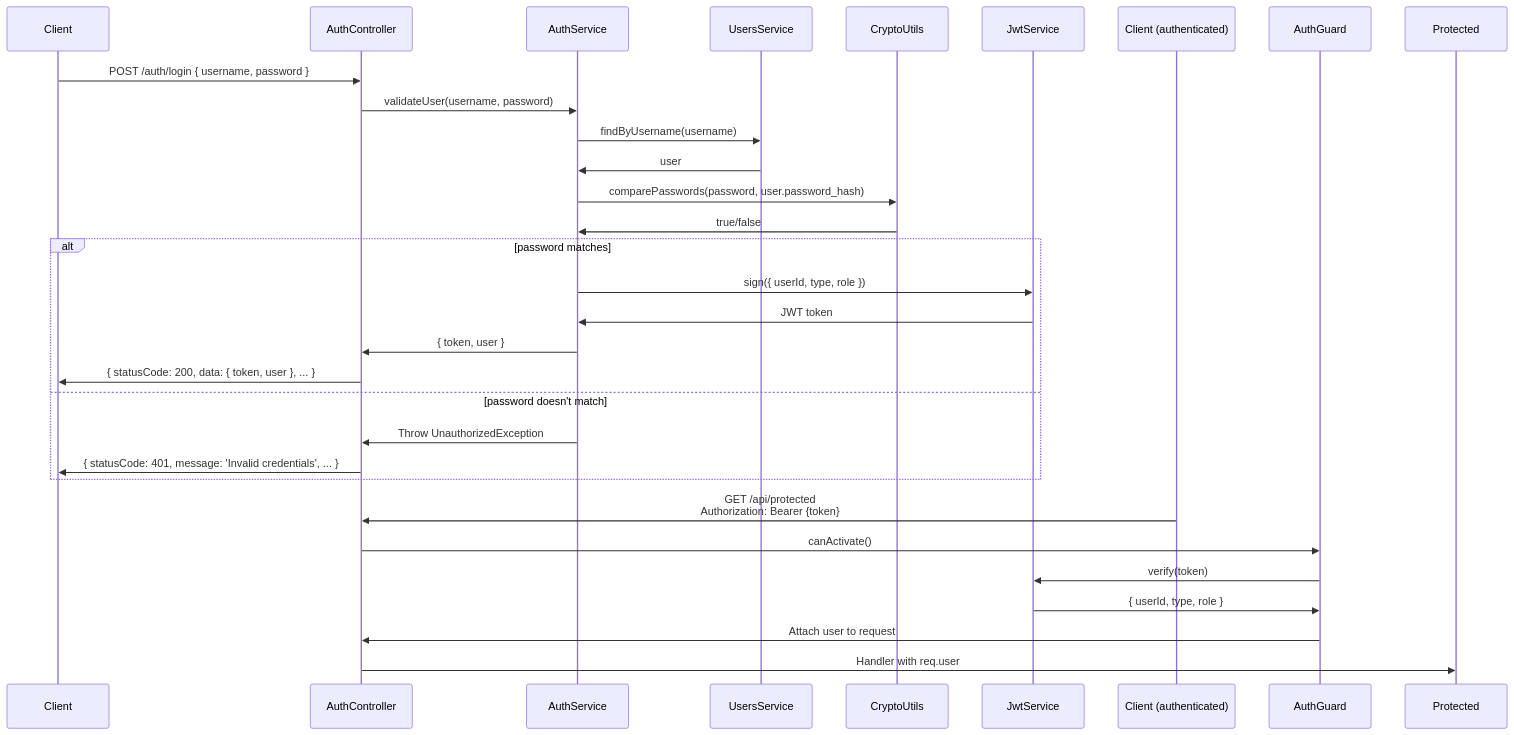
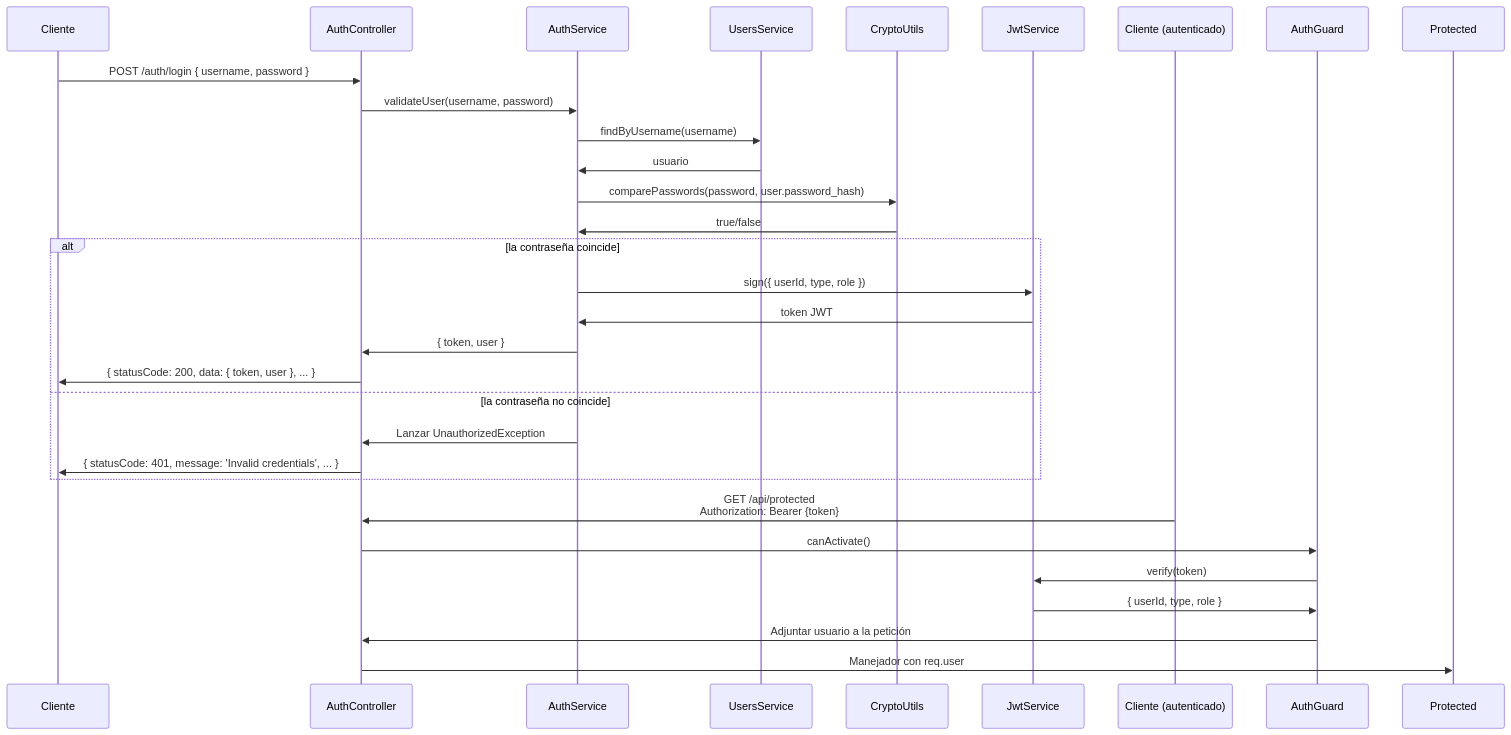
The second of 2 diagrams in docs-post-message/docs/backend/modules/auth.md (Byroncl/laboratory-reviews), drawn with Mermaid before and after one commit. The commit also changed other lines of this file and 17 other files, not shown here.

Commit message:
refactor: implement clean architecture patterns with domains, repositories, use cases, constants, and comprehensive tests

````diff
--- a/docs-post-message/docs/backend/modules/auth.md
+++ b/docs-post-message/docs/backend/modules/auth.md
@@ -56,33 +56,33 @@
 ```mermaid
 sequenceDiagram
-    participant Client
+    participant Client as Cliente
     participant Controller as AuthController
     participant Service as AuthService
     participant UsersService
     participant CryptoUtils as CryptoUtils
     participant JwtService
-    participant Client2 as Client (authenticated)
+    participant Client2 as Cliente (autenticado)
     
     Client->>Controller: POST /auth/login { username, password }
     Controller->>Service: validateUser(username, password)
     Service->>UsersService: findByUsername(username)
-    UsersService->>Service: user
+    UsersService->>Service: usuario
     Service->>CryptoUtils: comparePasswords(password, user.password_hash)
     CryptoUtils->>Service: true/false
-    alt password matches
+    alt la contraseña coincide
         Service->>JwtService: sign({ userId, type, role })
-        JwtService->>Service: JWT token
+        JwtService->>Service: token JWT
         Service->>Controller: { token, user }
         Controller->>Client: { statusCode: 200, data: { token, user }, ... }
-    else password doesn't match
-        Service->>Controller: Throw UnauthorizedException
+    else la contraseña no coincide
+        Service->>Controller: Lanzar UnauthorizedException
         Controller->>Client: { statusCode: 401, message: 'Invalid credentials', ... }
     end
     
     Client2->>Controller: GET /api/protected<br/>Authorization: Bearer {token}
     Controller->>AuthGuard: canActivate()
     AuthGuard->>JwtService: verify(token)
     JwtService->>AuthGuard: { userId, type, role }
-    AuthGuard->>Controller: Attach user to request
-    Controller->>Protected: Handler with req.user
+    AuthGuard->>Controller: Adjuntar usuario a la petición
+    Controller->>Protected: Manejador con req.user
 ```
````
